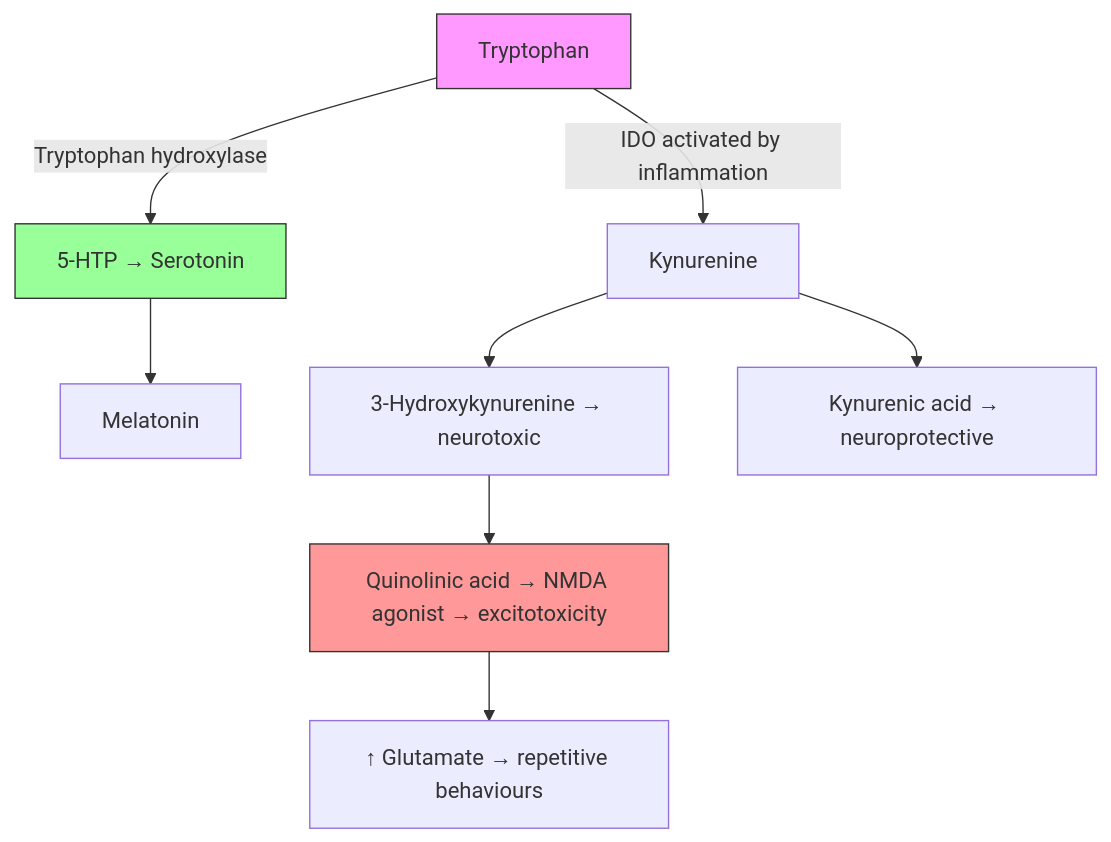
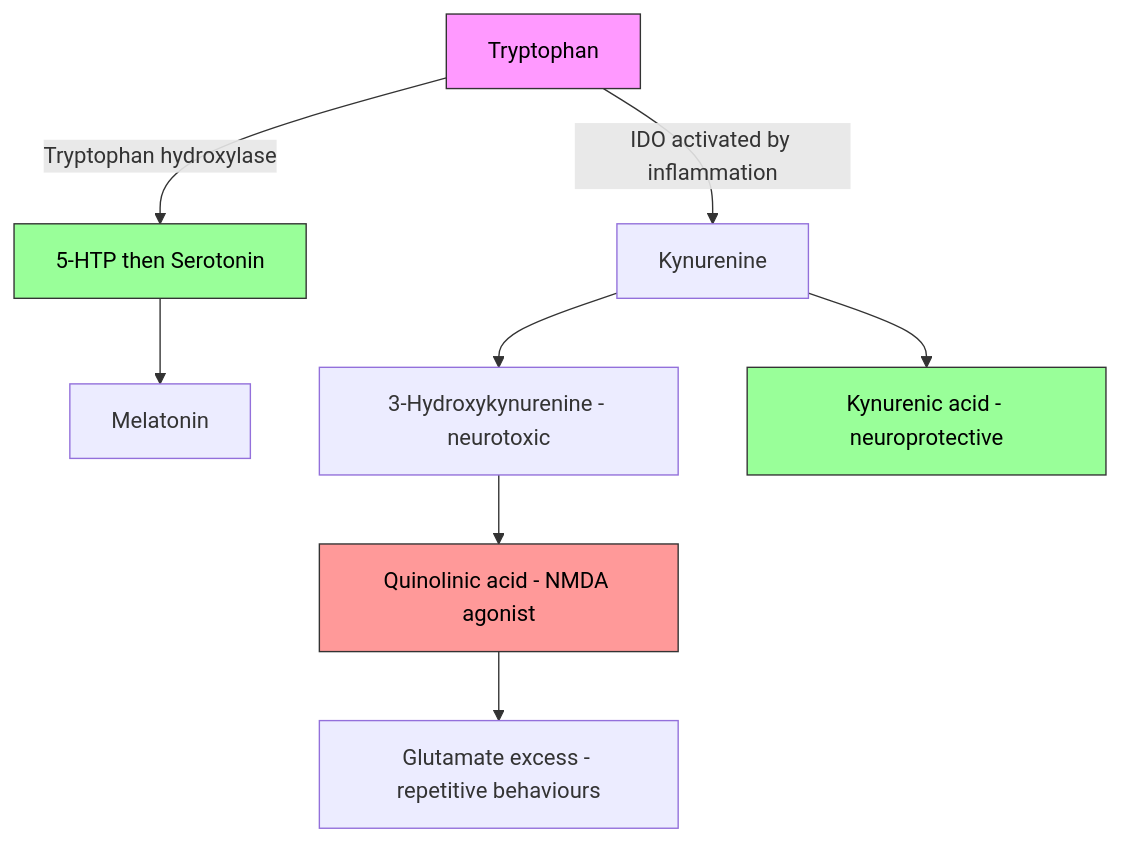
The diagram in iron-metabolism/Tryptophan-Kynurenine Pathway.md (Aegis-commits/ag-hfe-adhd-asd-research), drawn with Mermaid before and after one commit. The commit also changed other lines of this file and 41 other files, not shown here.

First line of the commit message:
docs(vault): add mermaid pathway diagrams, colour keys, and README to all published notes

````diff
--- a/iron-metabolism/Tryptophan-Kynurenine Pathway.md
+++ b/iron-metabolism/Tryptophan-Kynurenine Pathway.md
@@ -32,13 +35,14 @@
 ```mermaid
-graph TD
-    A[Tryptophan] -->|IDO activated by inflammation| B[Kynurenine]
-    A -->|Tryptophan hydroxylase| C[5-HTP → Serotonin]
+flowchart TD
+    classDef source fill:#f9f,stroke:#333,color:#000
+    classDef protect fill:#9f9,stroke:#333,color:#000
+    classDef danger fill:#f99,stroke:#333,color:#000
+
+    A[Tryptophan]:::source -->|IDO activated by inflammation| B[Kynurenine]
+    A -->|Tryptophan hydroxylase| C[5-HTP then Serotonin]:::protect
     C --> D[Melatonin]
-    B --> E[3-Hydroxykynurenine → neurotoxic]
-    B --> F[Kynurenic acid → neuroprotective]
-    E --> G[Quinolinic acid → NMDA agonist → excitotoxicity]
-    G --> H[↑ Glutamate → repetitive behaviours]
-    style A fill:#f9f,stroke:#333
-    style C fill:#9f9,stroke:#333
-    style G fill:#f99,stroke:#333
+    B --> E[3-Hydroxykynurenine - neurotoxic]
+    B --> F[Kynurenic acid - neuroprotective]:::protect
+    E --> G[Quinolinic acid - NMDA agonist]:::danger
+    G --> H[Glutamate excess - repetitive behaviours]
 ```
````
